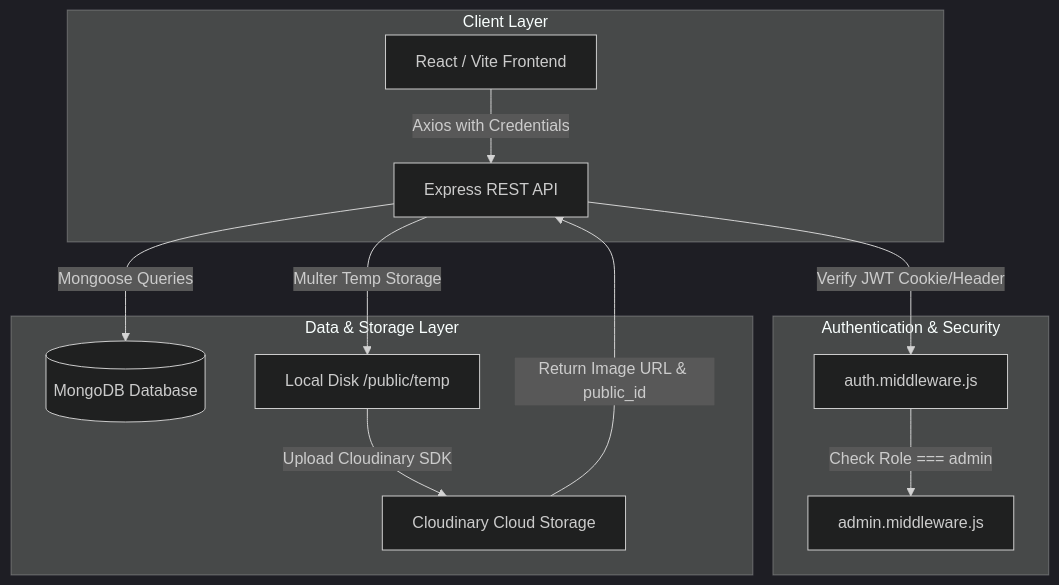
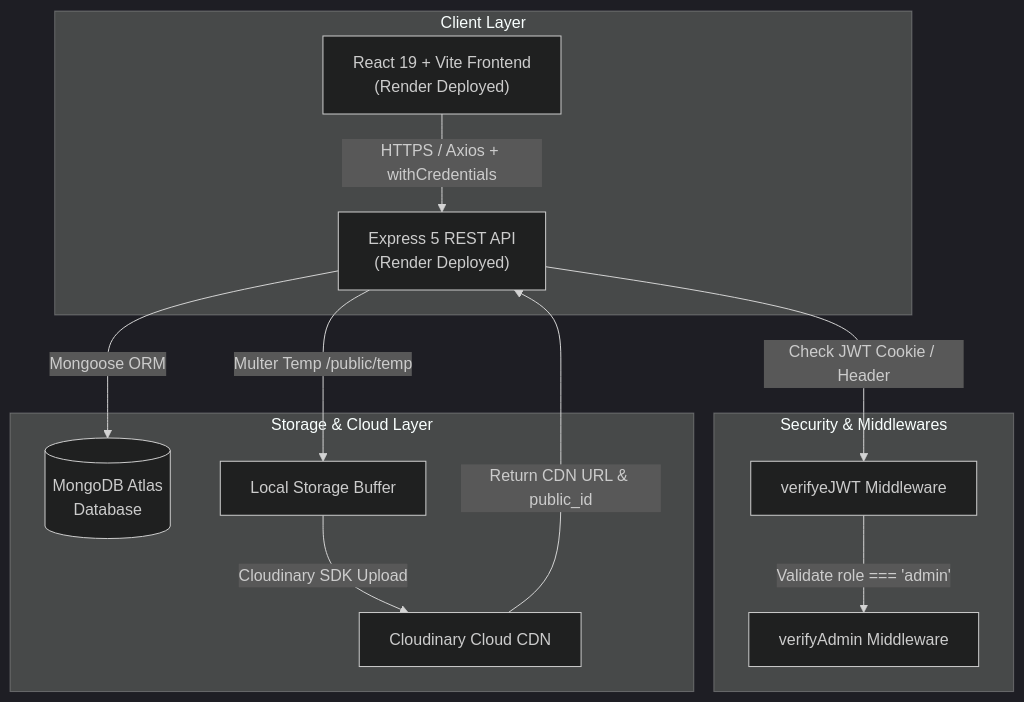
The first of 2 diagrams in readme.md (krupal-05/LMS), drawn with Mermaid (dark theme) before and after one commit. The commit also changed other lines of this file, not shown here.

````diff
--- a/readme.md
+++ b/readme.md
@@ -96,18 +111,18 @@
 ```mermaid
 graph TD
     subgraph Client Layer
-        A[React / Vite Frontend] -->|Axios with Credentials| B[Express REST API]
+        A["React 19 + Vite Frontend<br/>(Render Deployed)"] -->|HTTPS / Axios + withCredentials| B["Express 5 REST API<br/>(Render Deployed)"]
     end
 
-    subgraph Authentication & Security
-        B -->|Verify JWT Cookie/Header| C[auth.middleware.js]
-        C -->|Check Role === admin| D[admin.middleware.js]
+    subgraph Security & Middlewares
+        B -->|Check JWT Cookie / Header| C["verifyeJWT Middleware"]
+        C -->|Validate role === 'admin'| D["verifyAdmin Middleware"]
     end
 
-    subgraph Data & Storage Layer
-        B -->|Mongoose Queries| E[(MongoDB Database)]
-        B -->|Multer Temp Storage| F[Local Disk /public/temp]
-        F -->|Upload Cloudinary SDK| G[Cloudinary Cloud Storage]
-        G -->|Return Image URL & public_id| B
+    subgraph Storage & Cloud Layer
+        B -->|Mongoose ORM| E[("MongoDB Atlas<br/>Database")]
+        B -->|Multer Temp /public/temp| F["Local Storage Buffer"]
+        F -->|Cloudinary SDK Upload| G["Cloudinary Cloud CDN"]
+        G -->|Return CDN URL & public_id| B
     end
 ```
````
